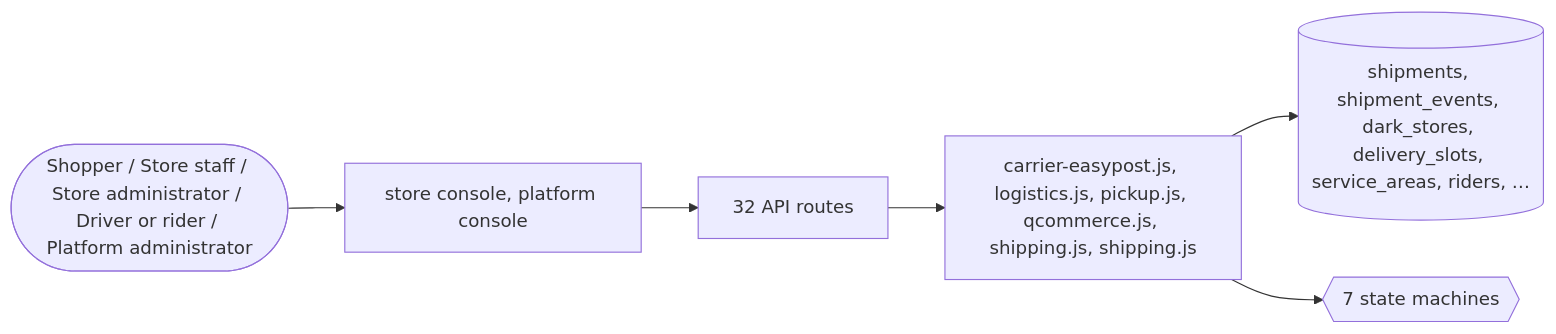
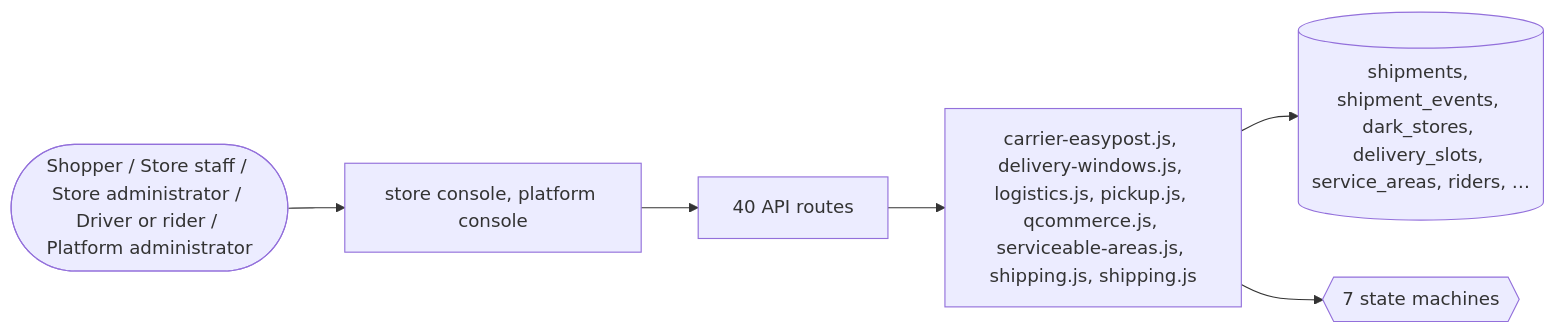
Before and after one commit to echelonxventures-Projects/universal-product: the eighth of 8 diagrams in docs/domains/shipping.md, drawn with Mermaid. The commit also changed other lines of this file and 25 other files, not shown here.

First line of the commit message:
feat(shopper): delivery slots, serviceable areas, size guides and pre-orders

````diff
--- a/docs/domains/shipping.md
+++ b/docs/domains/shipping.md
@@ -420,8 +486,8 @@
 ```mermaid
 flowchart LR
   U([Shopper / Store staff / Store administrator / Driver or rider / Platform administrator]) --> UI[store console, platform console]
-  UI --> API[32 API routes]
-  API --> ENG[carrier-easypost.js, logistics.js, pickup.js, qcommerce.js, shipping.js, shipping.js]
+  UI --> API[40 API routes]
+  API --> ENG[carrier-easypost.js, delivery-windows.js, logistics.js, pickup.js, qcommerce.js, serviceable-areas.js, shipping.js, shipping.js]
   ENG --> DB[(shipments, shipment_events, dark_stores, delivery_slots, service_areas, riders, …)]
   ENG --> SM{{7 state machines}}
 ```
````
